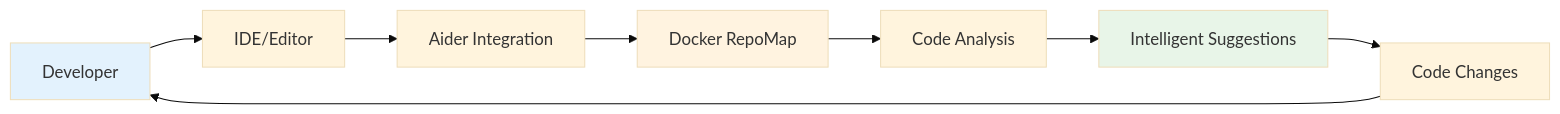
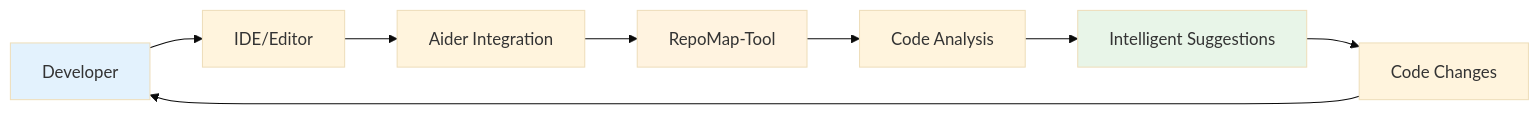
One commit to xynova/repomap-tool changed the seventh of 7 diagrams in docs/architecture/INTEGRATION_DIAGRAMS.md. Above: the diagram before and after it, drawn with Mermaid (base theme). The commit also changed other lines of this file and 60 other files, not shown here.

````diff
--- a/docs/architecture/INTEGRATION_DIAGRAMS.md
+++ b/docs/architecture/INTEGRATION_DIAGRAMS.md
@@ -277,14 +277,14 @@
 ```mermaid
 graph LR
     A[Developer] --> B[IDE/Editor]
     B --> C[Aider Integration]
-    C --> D[Docker RepoMap]
+    C --> D[RepoMap-Tool]
     D --> E[Code Analysis]
     E --> F[Intelligent Suggestions]
     F --> G[Code Changes]
     G --> A
     
     style A fill:#e3f2fd
     style D fill:#fff3e0
     style F fill:#e8f5e8
 ```
````
